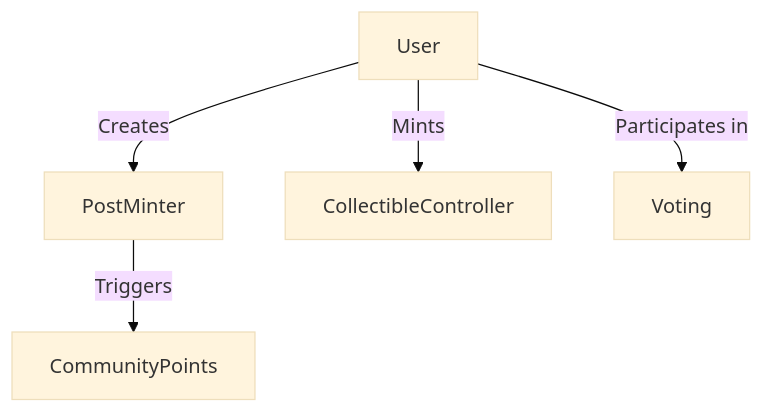
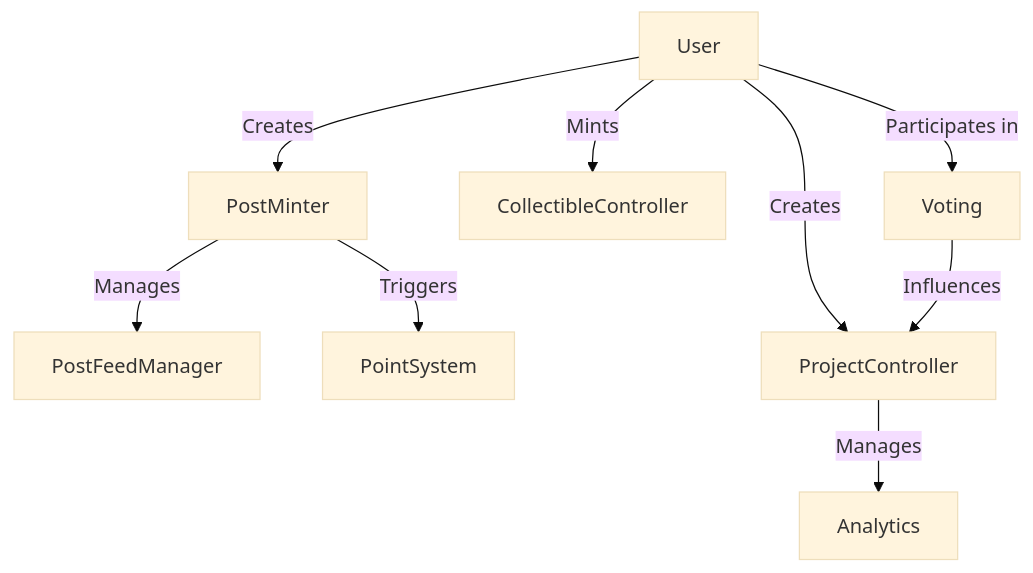
One commit to Wasserstoff-Innovation/TribesByAstrix changed the third of 3 diagrams in README.md. Above: the diagram before and after it, drawn with Mermaid (base theme). The commit also changed other lines of this file and 31 other files, not shown here.

Commit message:
changes done for the post minter and project validations

````diff
--- a/README.md
+++ b/README.md
@@ -110,7 +108,11 @@
 ```mermaid
 graph TD
     A[User] -->|Creates| B[PostMinter]
-    A -->|Mints| C[CollectibleController]
-    A -->|Participates in| D[Voting]
-    B -->|Triggers| E[CommunityPoints]
+    B -->|Manages| C[PostFeedManager]
+    A -->|Mints| D[CollectibleController]
+    A -->|Creates| E[ProjectController]
+    A -->|Participates in| F[Voting]
+    B -->|Triggers| G[PointSystem]
+    F -->|Influences| E
+    E -->|Manages| H[Analytics]
 ```
````
